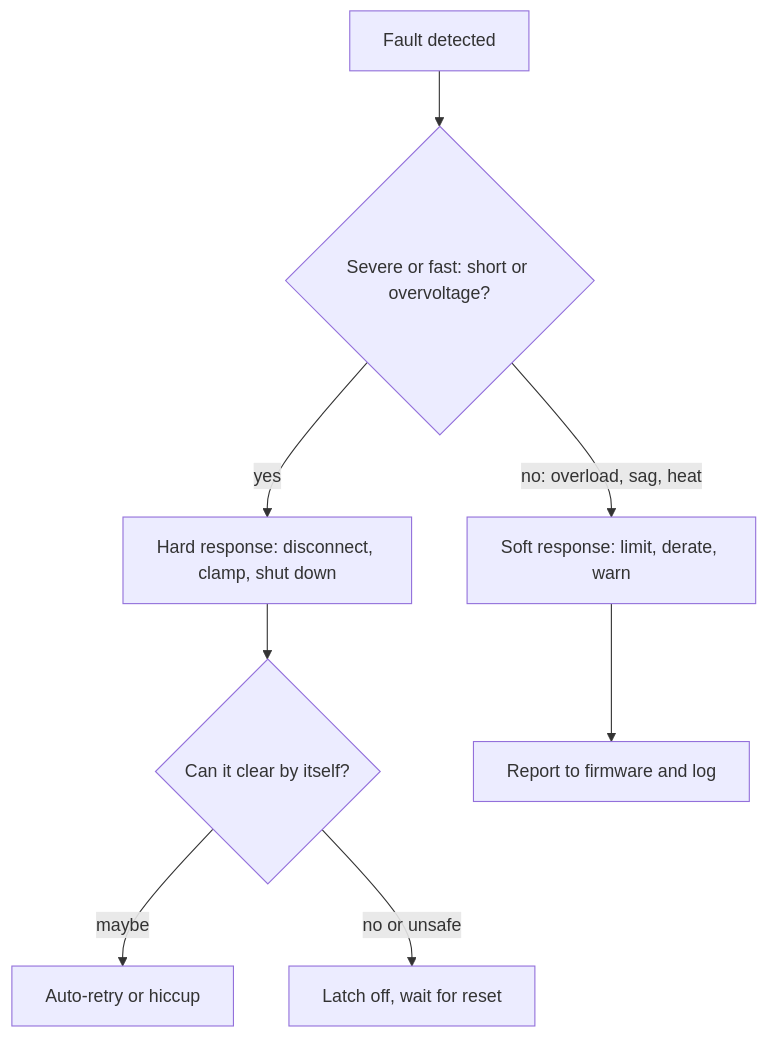
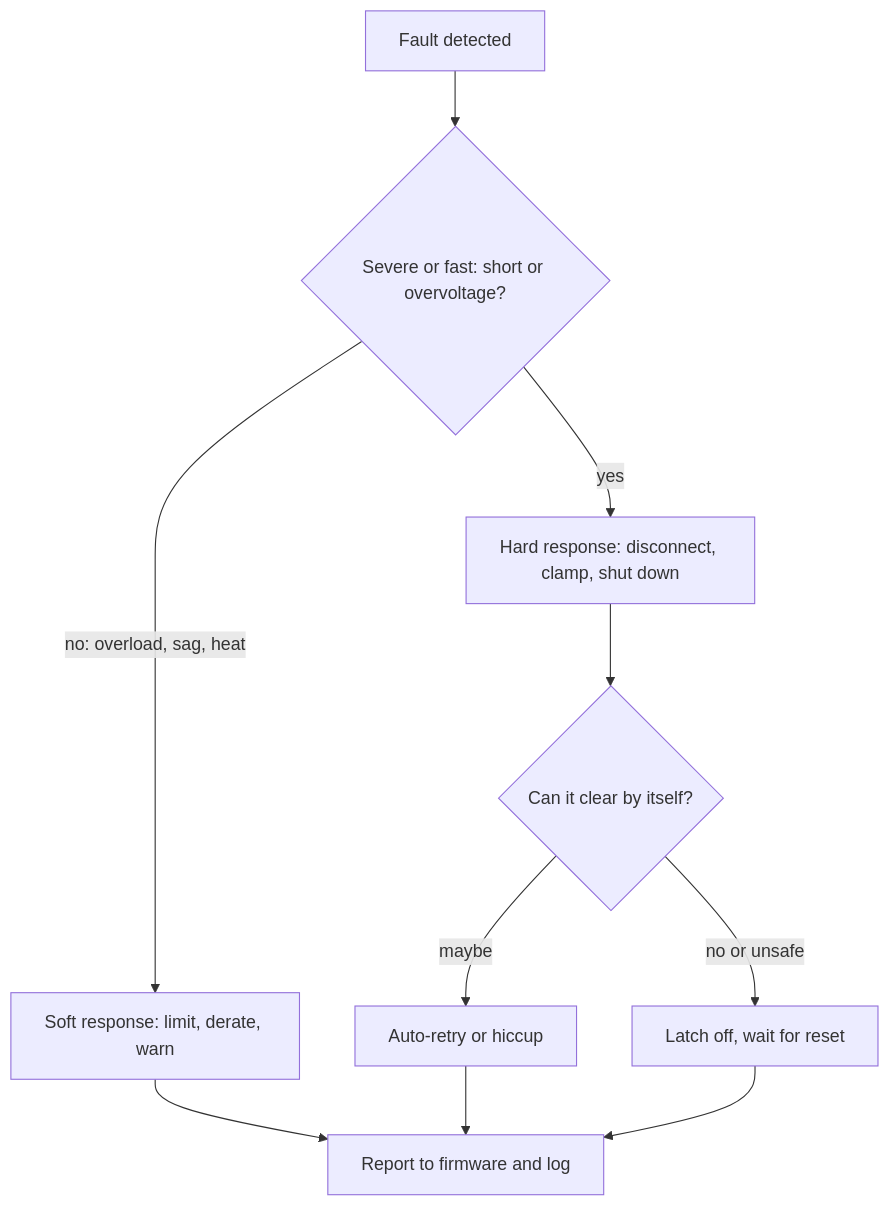
The diagram in content/questions/q0456.md (atallm7/monty-prep), drawn with Mermaid before and after one commit. The commit also changed other lines of this file and 51 other files, not shown here.

````diff
--- a/content/questions/q0456.md
+++ b/content/questions/q0456.md
@@ -112,10 +112,12 @@
 ```mermaid
 flowchart TB
   A["Fault detected"] --> B{"Severe or fast: short or overvoltage?"}
   B -->|"yes"| C["Hard response: disconnect, clamp, shut down"]
   B -->|"no: overload, sag, heat"| D["Soft response: limit, derate, warn"]
   C --> E{"Can it clear by itself?"}
   E -->|"maybe"| F["Auto-retry or hiccup"]
   E -->|"no or unsafe"| G["Latch off, wait for reset"]
   D --> H["Report to firmware and log"]
+  F --> H
+  G --> H
 ```
````
